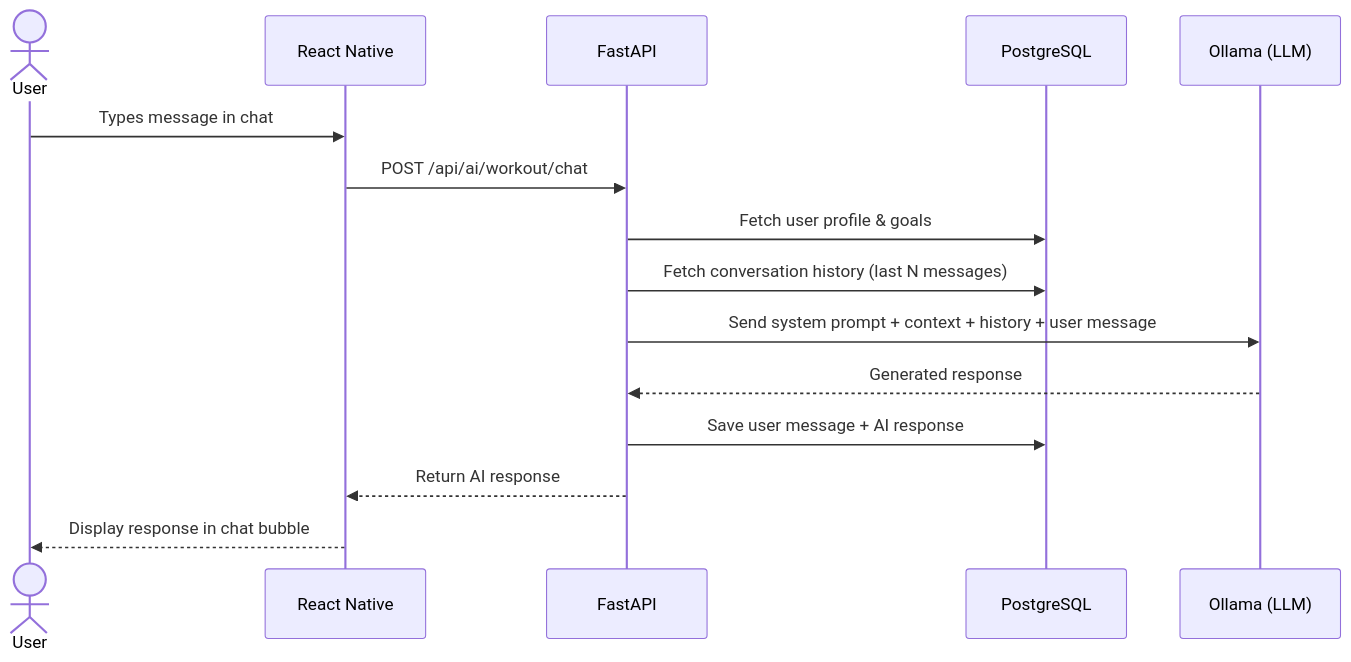
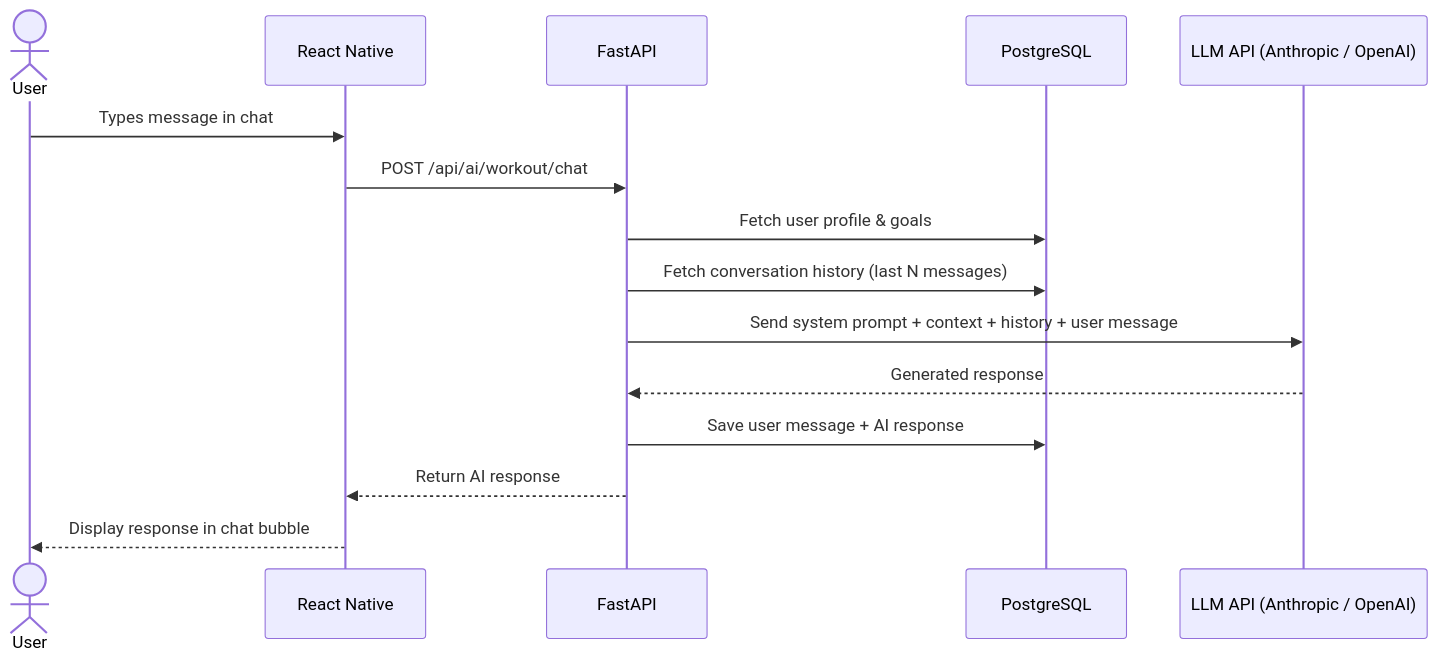
The fourth of 5 diagrams in docs/arhitecture.md (aliniacob13/FitPlus), drawn with Mermaid before and after one commit. The commit also changed other lines of this file and 7 other files, not shown here.

````diff
--- a/docs/arhitecture.md
+++ b/docs/arhitecture.md
@@ -219,18 +217,18 @@
 ```mermaid
 sequenceDiagram
     actor User
     participant App as React Native
     participant API as FastAPI
     participant DB as PostgreSQL
-    participant LLM as Ollama (LLM)
+    participant LLM as LLM API (Anthropic / OpenAI)
 
     User->>App: Types message in chat
     App->>API: POST /api/ai/workout/chat
     API->>DB: Fetch user profile & goals
     API->>DB: Fetch conversation history (last N messages)
     API->>LLM: Send system prompt + context + history + user message
     LLM-->>API: Generated response
     API->>DB: Save user message + AI response
     API-->>App: Return AI response
     App-->>User: Display response in chat bubble
 ```
````
